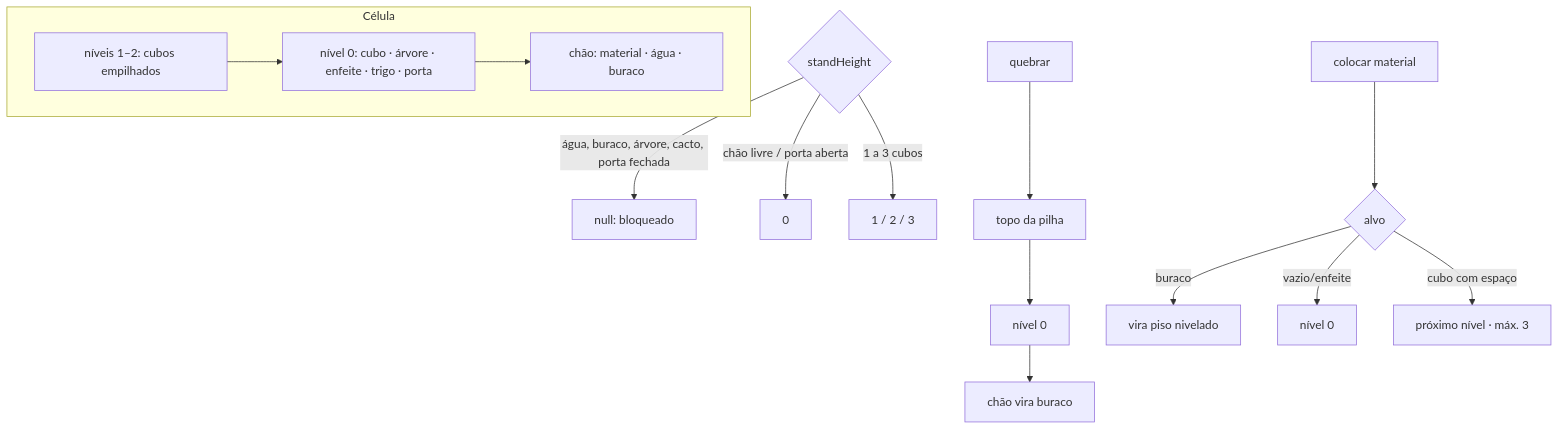
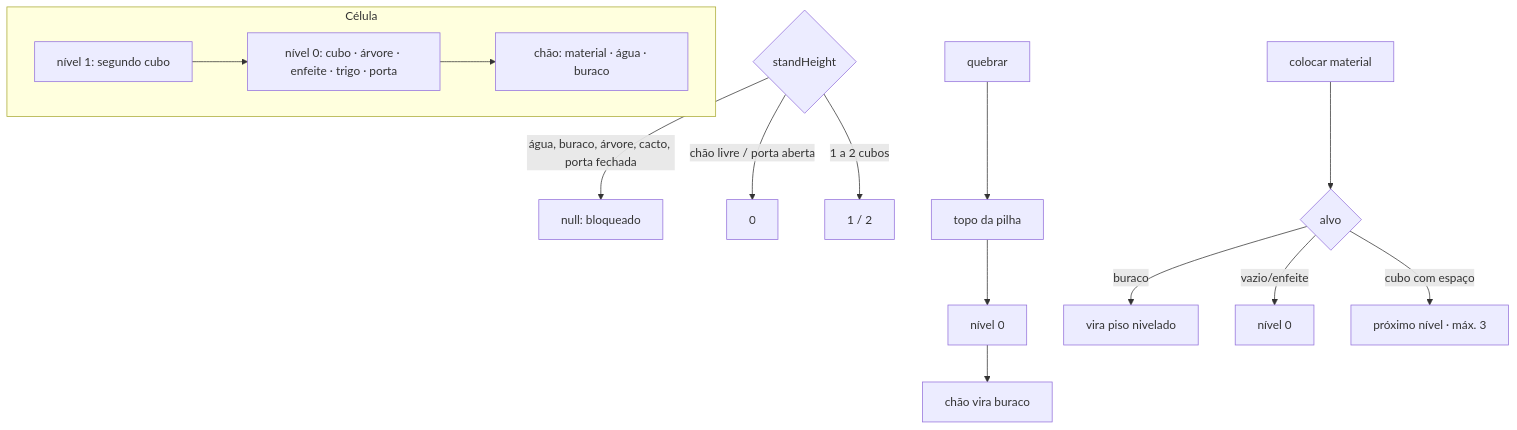
Before and after one commit to maiam/mundoblocos-2d: the third of 7 diagrams in docs/MAPS.md, drawn with Mermaid. The commit also changed other lines of this file, not shown here.

Commit message:
docs: alinhar docs/MAPS.md à promoção 2D controlada

````diff
--- a/docs/MAPS.md
+++ b/docs/MAPS.md
@@ -61,15 +63,15 @@
 ```mermaid
 flowchart TB
   subgraph Célula
-    U[níveis 1–2: cubos empilhados] --> O[nível 0: cubo · árvore · enfeite · trigo · porta]
+    U[nível 1: segundo cubo] --> O[nível 0: cubo · árvore · enfeite · trigo · porta]
     O --> GR[chão: material · água · buraco]
   end
   Q{standHeight} -->|água, buraco, árvore, cacto, porta fechada| X[null: bloqueado]
   Q -->|chão livre / porta aberta| Z0[0]
-  Q -->|1 a 3 cubos| Z12[1 / 2 / 3]
+  Q -->|1 a 2 cubos| Z12[1 / 2]
   BR[quebrar] --> BR1[topo da pilha] --> BR2[nível 0] --> BR3[chão vira buraco]
   PL[colocar material] --> P1{alvo}
   P1 -->|buraco| PF[vira piso nivelado]
   P1 -->|vazio/enfeite| P0[nível 0]
   P1 -->|cubo com espaço| P2[próximo nível · máx. 3]
 ```
````
